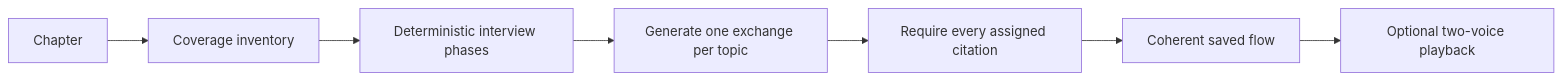
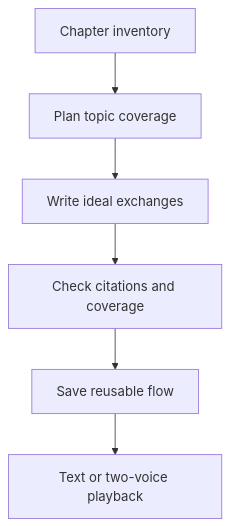
One commit to rabhishek100/agentic_study_partner changed diagram 14 of 15 in docs/flows.md. Above: the diagram before and after it, drawn with Mermaid. The commit also changed other lines of this file and 9 other files, not shown here.

Commit message:
Consolidate concise feature and architecture documentation

````diff
--- a/docs/flows.md
+++ b/docs/flows.md
@@ -192,9 +304,8 @@
 ```mermaid
-flowchart LR
-    S[Chapter] --> I[Coverage inventory]
-    I --> P[Deterministic interview phases]
-    P --> G[Generate one exchange per topic]
-    G --> V[Require every assigned citation]
-    V --> C[Coherent saved flow]
-    C --> A[Optional two-voice playback]
+flowchart TD
+    S[Chapter inventory] --> P[Plan topic coverage]
+    P --> G[Write ideal exchanges]
+    G --> V[Check citations and coverage]
+    V --> F[Save reusable flow]
+    F --> A[Text or two-voice playback]
 ```
````
